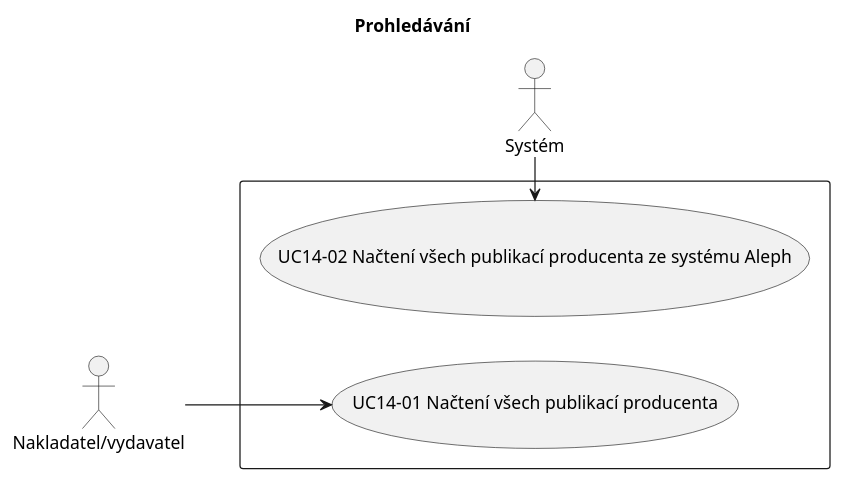
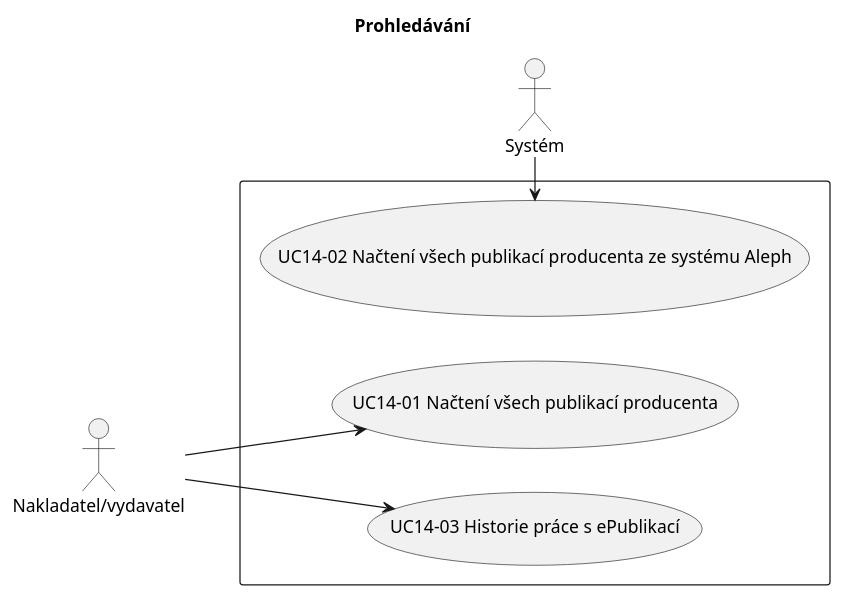
Before and after one commit to edeposit/edeposit: the diagram in docs/uc14.plantuml, drawn with PlantUML. The commit also changed 3 other files, not shown here.

```diff
--- a/docs/uc14.plantuml
+++ b/docs/uc14.plantuml
@@ -1,14 +1,15 @@
 @startuml
 left to right direction
 title Prohledávání
 skinparam packageStyle rect
 
 actor :Nakladatel/vydavatel: as nakl
 actor :Systém: as sys
 
 rectangle  {
 	   :nakl: --> (UC14-01 Načtení všech publikací producenta)
 	   :sys: -left->  (UC14-02 Načtení všech publikací producenta ze systému Aleph)
+	   :nakl: --> (UC14-03 Historie práce s ePublikací)
 }
 
 @enduml
```
